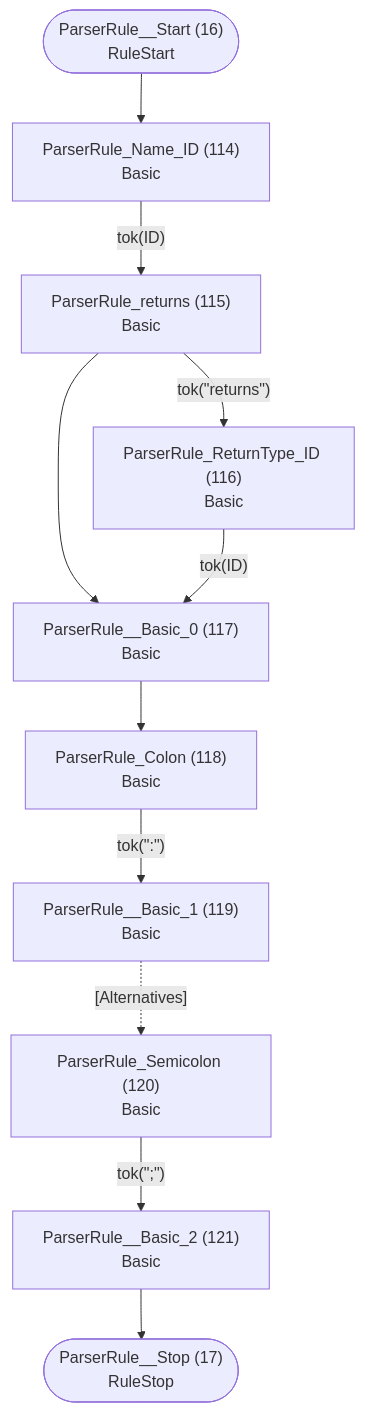
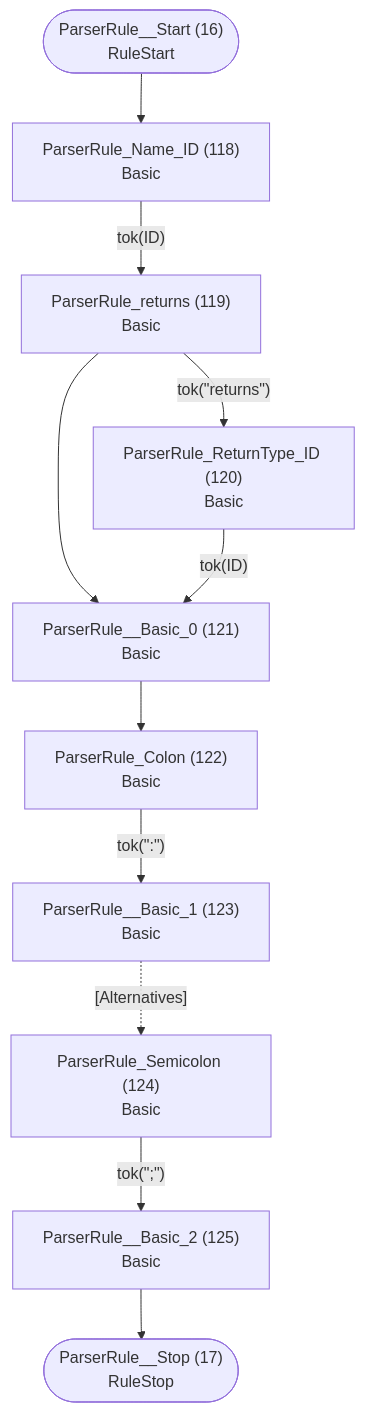
One commit to TypeFox/fastbelt changed the ninth of 26 diagrams in internal/grammar/atn.md. Above: the diagram before and after it, drawn with Mermaid. The commit also changed other lines of this file and 51 other files, not shown here.

````diff
--- a/internal/grammar/atn.md
+++ b/internal/grammar/atn.md
@@ -225,24 +230,24 @@
 ```mermaid
 flowchart TD
     q16(["ParserRule__Start (16)<br/>RuleStart"])
     q17(["ParserRule__Stop (17)<br/>RuleStop"])
-    q114["ParserRule_Name_ID (114)<br/>Basic<br/>"]
-    q115["ParserRule_returns (115)<br/>Basic<br/>"]
-    q116["ParserRule_ReturnType_ID (116)<br/>Basic<br/>"]
-    q117["ParserRule__Basic_0 (117)<br/>Basic<br/>"]
-    q118["ParserRule_Colon (118)<br/>Basic<br/>"]
-    q119["ParserRule__Basic_1 (119)<br/>Basic<br/>"]
-    q120["ParserRule_Semicolon (120)<br/>Basic<br/>"]
-    q121["ParserRule__Basic_2 (121)<br/>Basic<br/>"]
+    q118["ParserRule_Name_ID (118)<br/>Basic<br/>"]
+    q119["ParserRule_returns (119)<br/>Basic<br/>"]
+    q120["ParserRule_ReturnType_ID (120)<br/>Basic<br/>"]
+    q121["ParserRule__Basic_0 (121)<br/>Basic<br/>"]
+    q122["ParserRule_Colon (122)<br/>Basic<br/>"]
+    q123["ParserRule__Basic_1 (123)<br/>Basic<br/>"]
+    q124["ParserRule_Semicolon (124)<br/>Basic<br/>"]
+    q125["ParserRule__Basic_2 (125)<br/>Basic<br/>"]
 
-    q16 --> q114
-    q114 -->|"tok(ID)"| q115
-    q115 -->|"tok(&quot;returns&quot;)"| q116
-    q115 --> q117
-    q116 -->|"tok(ID)"| q117
-    q117 --> q118
-    q118 -->|"tok(&quot;:&quot;)"| q119
-    q119 -.->|"[Alternatives]"| q120
-    q120 -->|"tok(&quot;;&quot;)"| q121
-    q121 --> q17
+    q16 --> q118
+    q118 -->|"tok(ID)"| q119
+    q119 -->|"tok(&quot;returns&quot;)"| q120
+    q119 --> q121
+    q120 -->|"tok(ID)"| q121
+    q121 --> q122
+    q122 -->|"tok(&quot;:&quot;)"| q123
+    q123 -.->|"[Alternatives]"| q124
+    q124 -->|"tok(&quot;;&quot;)"| q125
+    q125 --> q17
 ```
````
